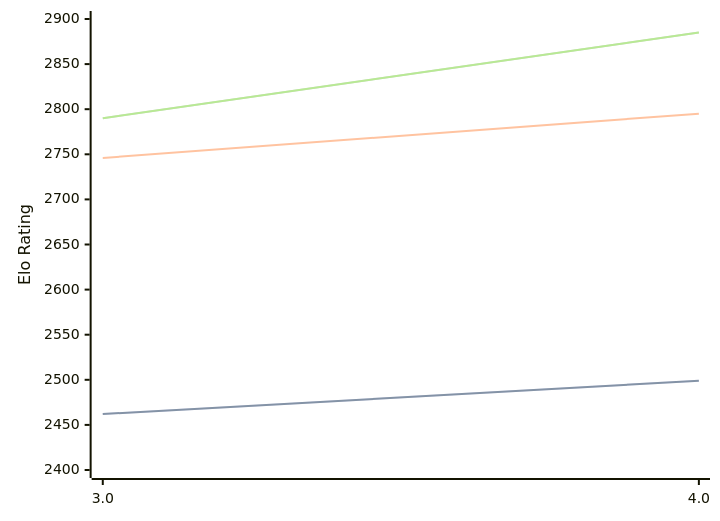
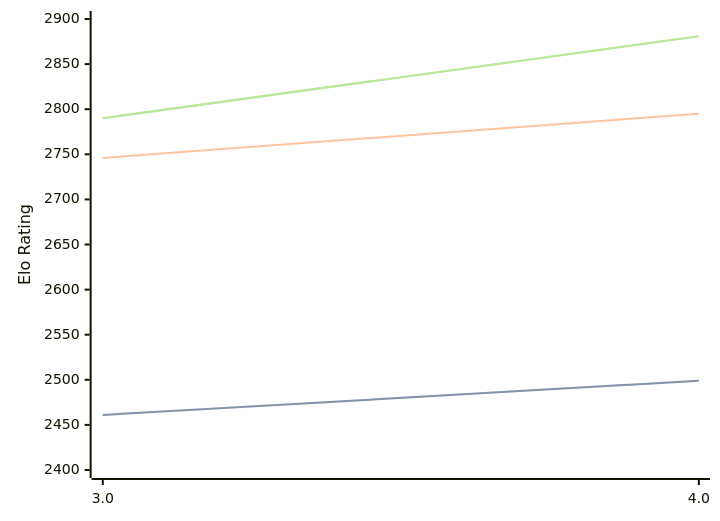
The first of 3 diagrams in engines/Chess3.md (computer-chess-index/cci), drawn with Mermaid before and after one commit. The commit also changed other lines of this file, not shown here.

Commit message:
Update CCI Ratings (ELO VLTC) - 2026-07-10

````diff
--- a/engines/Chess3.md
+++ b/engines/Chess3.md
@@ -34,11 +34,11 @@
 ```mermaid
 %%{init: {"theme":"base","themeVariables":{"seriesColors:['#a3a3a3','#222221','#faa371']}}}%%
 xychart-beta
   x-axis ["3.0", "4.0"]
   y-axis "Elo Rating" 2400 --> 2900
-  line "STC (8.0+0.08s)" [2462, 2499]
-  line "STC (8.0+0.08s)" [2462, 2499]
+  line "STC (8.0+0.08s)" [2461, 2499]
+  line "STC (8.0+0.08s)" [2461, 2499]
   line "LTC (60.0+0.60s)" [2746, 2795]
-  line "VLTC (2m24s+1.12s)" [2790, 2885]
-  line "VLTC (2m24s+1.12s)" [2790, 2885]
+  line "VLTC (2m24s+1.12s)" [2790, 2881]
+  line "VLTC (2m24s+1.12s)" [2790, 2881]
 ```
````
